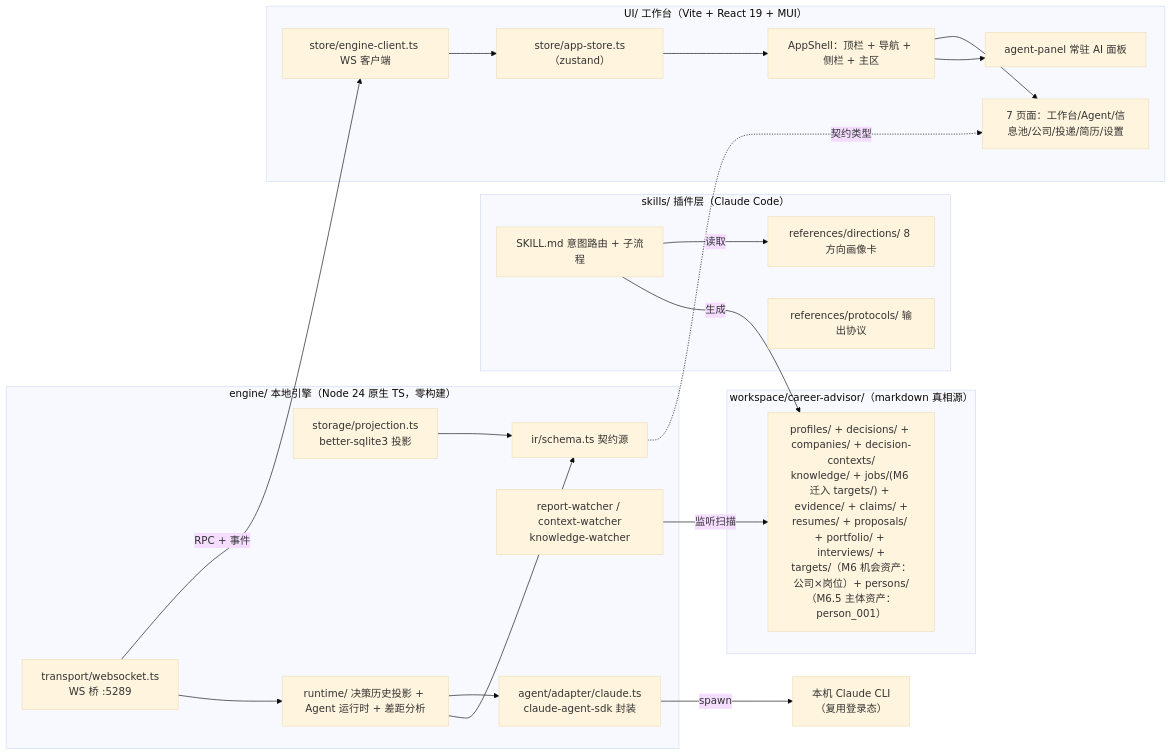
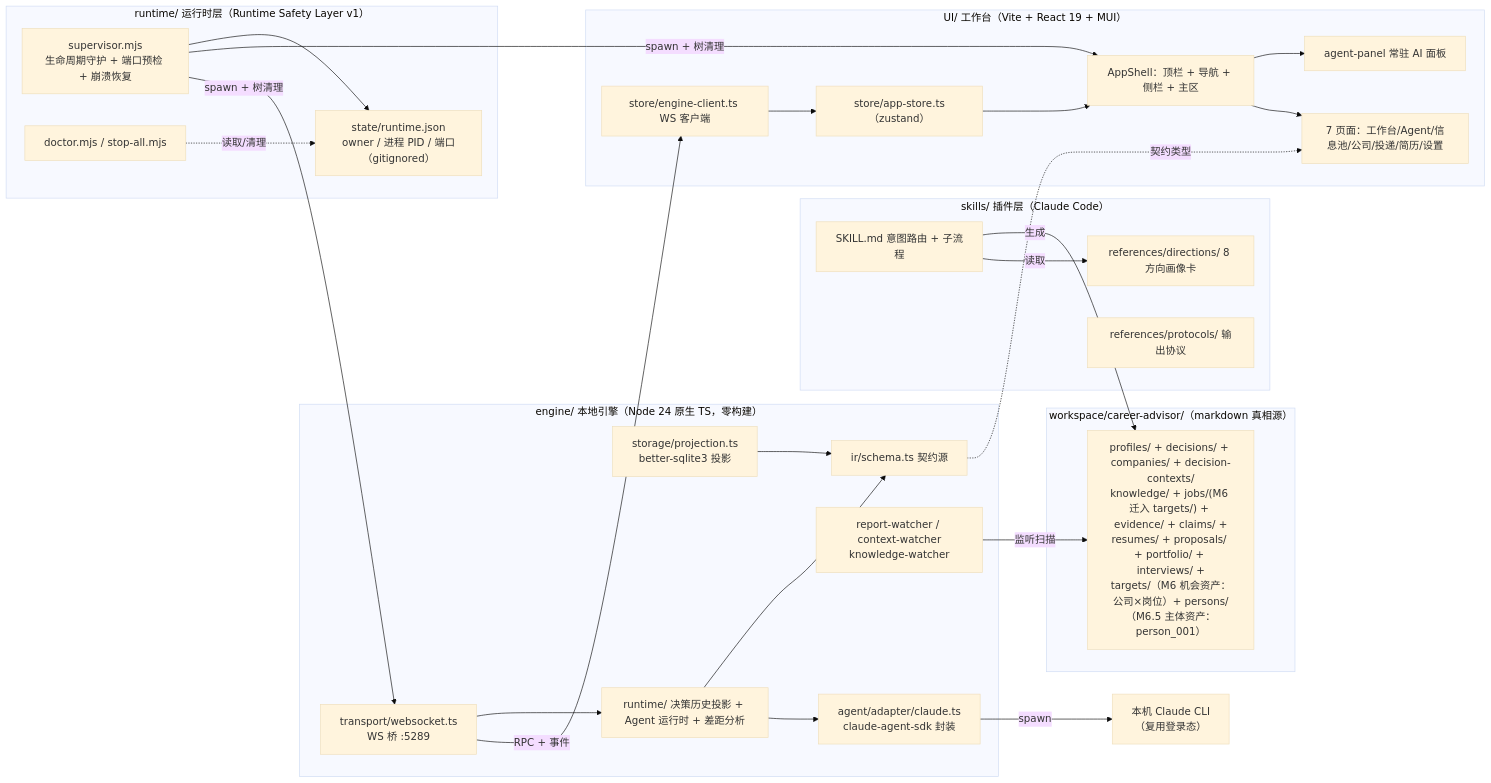
One commit to Friend-Xu/career-os changed the diagram in ARCHITECTURE.md. Above: the diagram before and after it, drawn with Mermaid (base theme). The commit also changed other lines of this file and 3 other files, not shown here.

First line of the commit message:
docs: document runtime safety layer in README and architecture

````diff
--- a/ARCHITECTURE.md
+++ b/ARCHITECTURE.md
@@ -9,43 +9,53 @@
 ```mermaid
 flowchart LR
     subgraph 技能层["skills/ 插件层（Claude Code）"]
         SK["SKILL.md 意图路由 + 子流程"]
         DIR["references/directions/ 8 方向画像卡"]
         PROT["references/protocols/ 输出协议"]
     end
 
     subgraph 引擎["engine/ 本地引擎（Node 24 原生 TS，零构建）"]
         WS["transport/websocket.ts<br/>WS 桥 :5289"]
         IR["ir/schema.ts 契约源"]
         PROJ["storage/projection.ts<br/>better-sqlite3 投影"]
         WATCH["report-watcher / context-watcher<br/>knowledge-watcher"]
         RUNTIME["runtime/ 决策历史投影 + Agent 运行时 + 差距分析"]
         AGENT["agent/adapter/claude.ts<br/>claude-agent-sdk 封装"]
     end
 
     subgraph 前端["UI/ 工作台（Vite + React 19 + MUI）"]
         SHELL["AppShell：顶栏 + 导航 + 侧栏 + 主区"]
         PANEL["agent-panel 常驻 AI 面板"]
         STORE["store/app-store.ts（zustand）"]
         CLIENT["store/engine-client.ts WS 客户端"]
         PAGES["7 页面：工作台/Agent/信息池/公司/投递/简历/设置"]
     end
 
+    subgraph 运行时["runtime/ 运行时层（Runtime Safety Layer v1）"]
+        SUP["supervisor.mjs<br/>生命周期守护 + 端口预检 + 崩溃恢复"]
+        STORE2["state/runtime.json<br/>owner / 进程 PID / 端口（gitignored）"]
+        DOCTOR["doctor.mjs / stop-all.mjs"]
+    end
+
     subgraph 数据["workspace/career-advisor/（markdown 真相源）"]
         MD["profiles/ + decisions/ + companies/ + decision-contexts/<br/>knowledge/ + jobs/(M6 迁入 targets/) + evidence/ + claims/ +<br/>resumes/ + proposals/ + portfolio/ + interviews/ +<br/>targets/（M6 机会资产：公司×岗位）+ persons/（M6.5 主体资产：person_001）"]
     end
 
     SK -->|读取| DIR
     SK -->|生成| MD
     WATCH -->|监听扫描| MD
     IR -.->|契约类型| PAGES
     WS -->|RPC + 事件| CLIENT
     CLIENT --> STORE
     STORE --> SHELL
     SHELL --> PAGES
+    SUP -->|spawn + 树清理| WS
+    SUP -->|spawn + 树清理| SHELL
+    SUP --> STORE2
+    DOCTOR -.->|读取/清理| STORE2
     SHELL --> PANEL
     AGENT -->|spawn| CLI["本机 Claude CLI<br/>（复用登录态）"]
     WS --> RUNTIME --> AGENT
     PROJ --> IR
     RUNTIME --> IR
 ```
````
